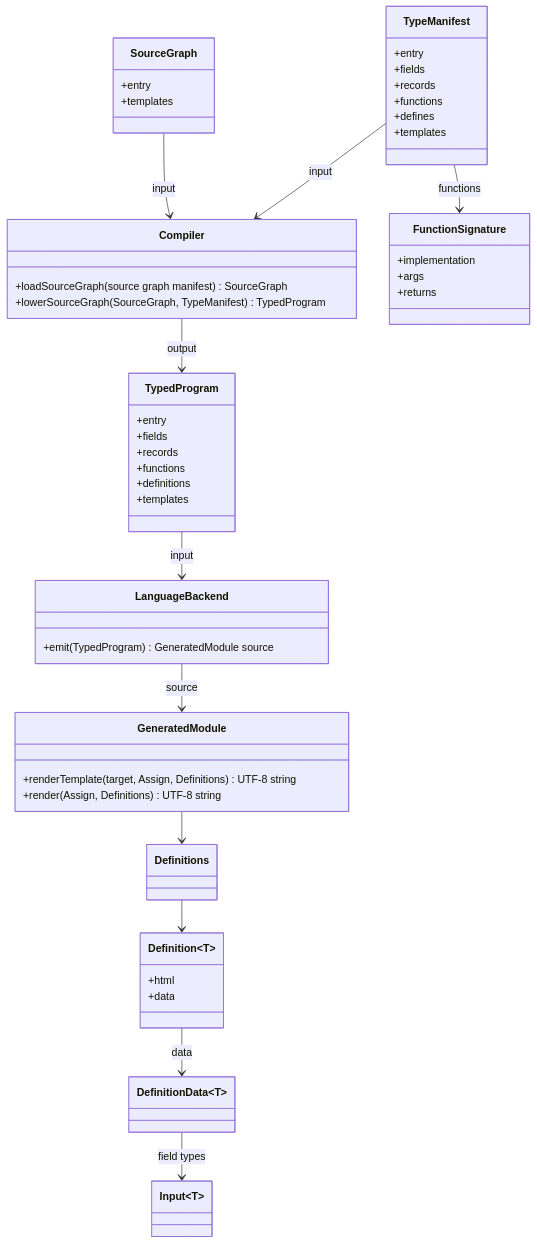
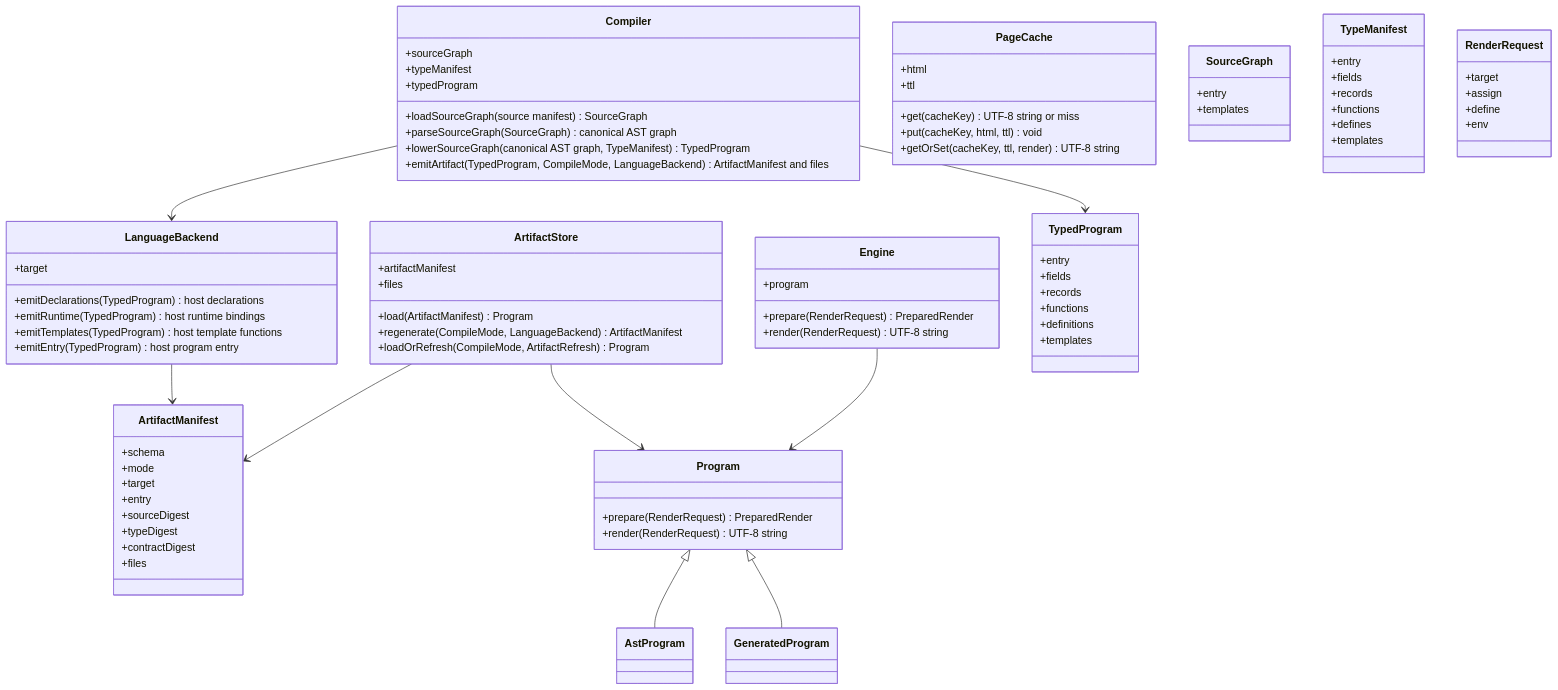
One commit to polyspec/template changed the diagram in tools/compiler/generated/compiler-classes.mmd. Above: the diagram before and after it, drawn with Mermaid. The commit also changed 13 other files, not shown here.

Commit message:
Unify compiler and runtime contract manifest

```diff
--- a/tools/compiler/generated/compiler-classes.mmd
+++ b/tools/compiler/generated/compiler-classes.mmd
@@ -1,54 +1,86 @@
 classDiagram
   class Compiler {
-    +loadSourceGraph(source graph manifest) SourceGraph
-    +lowerSourceGraph(SourceGraph, TypeManifest) TypedProgram
+    +sourceGraph
+    +typeManifest
+    +typedProgram
+    +loadSourceGraph(source manifest) SourceGraph
+    +parseSourceGraph(SourceGraph) canonical AST graph
+    +lowerSourceGraph(canonical AST graph, TypeManifest) TypedProgram
+    +emitArtifact(TypedProgram, CompileMode, LanguageBackend) ArtifactManifest and files
   }
   class LanguageBackend {
-    +emit(TypedProgram) GeneratedModule source
+    +target
+    +emitDeclarations(TypedProgram) host declarations
+    +emitRuntime(TypedProgram) host runtime bindings
+    +emitTemplates(TypedProgram) host template functions
+    +emitEntry(TypedProgram) host program entry
   }
-  class GeneratedModule {
-    +renderTemplate(target, Assign, Definitions) UTF-8 string
-    +render(Assign, Definitions) UTF-8 string
+  class ArtifactStore {
+    +artifactManifest
+    +files
+    +load(ArtifactManifest) Program
+    +regenerate(CompileMode, LanguageBackend) ArtifactManifest
+    +loadOrRefresh(CompileMode, ArtifactRefresh) Program
+  }
+  class Engine {
+    +program
+    +prepare(RenderRequest) PreparedRender
+    +render(RenderRequest) UTF-8 string
+  }
+  class PageCache {
+    +html
+    +ttl
+    +get(cacheKey) UTF-8 string or miss
+    +put(cacheKey, html, ttl) void
+    +getOrSet(cacheKey, ttl, render) UTF-8 string
   }
   class SourceGraph {
     +entry
     +templates
   }
   class TypeManifest {
     +entry
     +fields
     +records
     +functions
     +defines
     +templates
   }
   class TypedProgram {
     +entry
     +fields
     +records
     +functions
     +definitions
     +templates
   }
-  class Definition~T~ {
-    +html
-    +data
+  class ArtifactManifest {
+    +schema
+    +mode
+    +target
+    +entry
+    +sourceDigest
+    +typeDigest
+    +contractDigest
+    +files
   }
-  class DefinitionData~T~
-  class Definitions
-  class Input~T~
-  class FunctionSignature {
-    +implementation
-    +args
-    +returns
+  class RenderRequest {
+    +target
+    +assign
+    +define
+    +env
   }
-  SourceGraph --> Compiler : input
-  TypeManifest --> Compiler : input
-  Compiler --> TypedProgram : output
-  TypedProgram --> LanguageBackend : input
-  LanguageBackend --> GeneratedModule : source
-  GeneratedModule --> Definitions
-  Definitions --> Definition~T~
-  Definition~T~ --> DefinitionData~T~ : data
-  DefinitionData~T~ --> Input~T~ : field types
-  TypeManifest --> FunctionSignature : functions
+  class Program {
+    +prepare(RenderRequest) PreparedRender
+    +render(RenderRequest) UTF-8 string
+  }
+  class AstProgram
+  class GeneratedProgram
+  Program <|-- AstProgram
+  Program <|-- GeneratedProgram
+  Compiler --> TypedProgram
+  Compiler --> LanguageBackend
+  LanguageBackend --> ArtifactManifest
+  ArtifactStore --> ArtifactManifest
+  ArtifactStore --> Program
+  Engine --> Program
```
